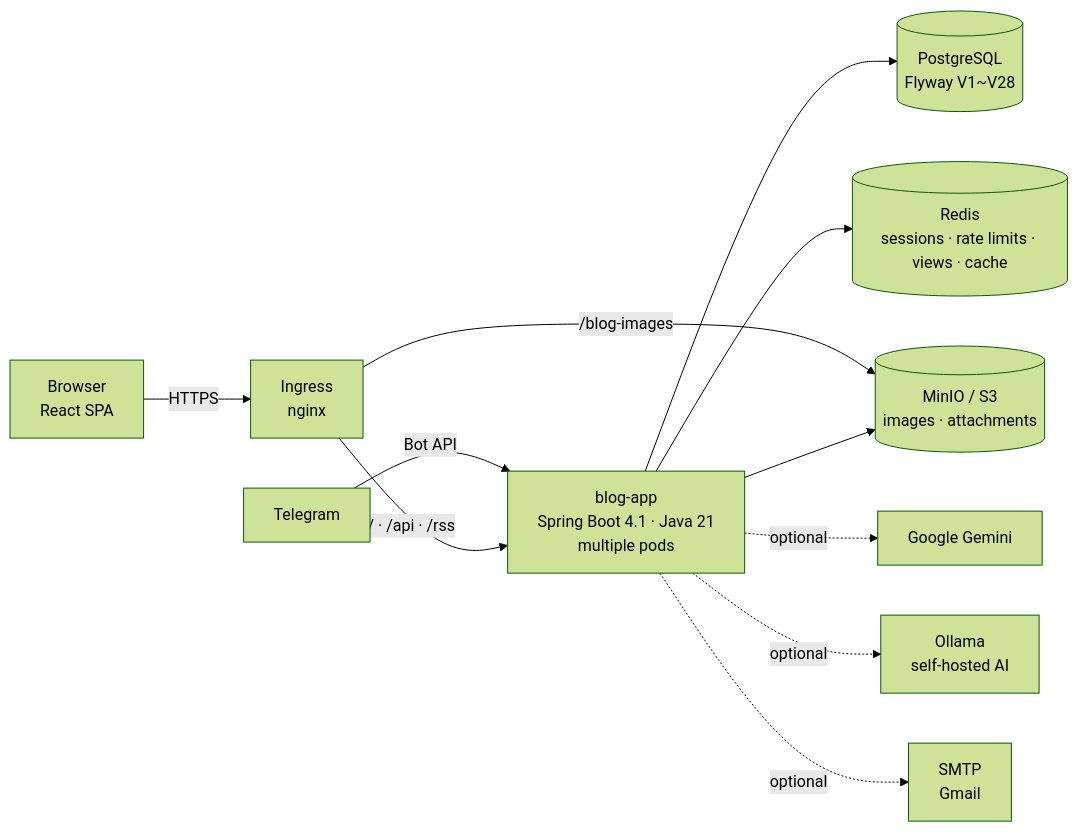
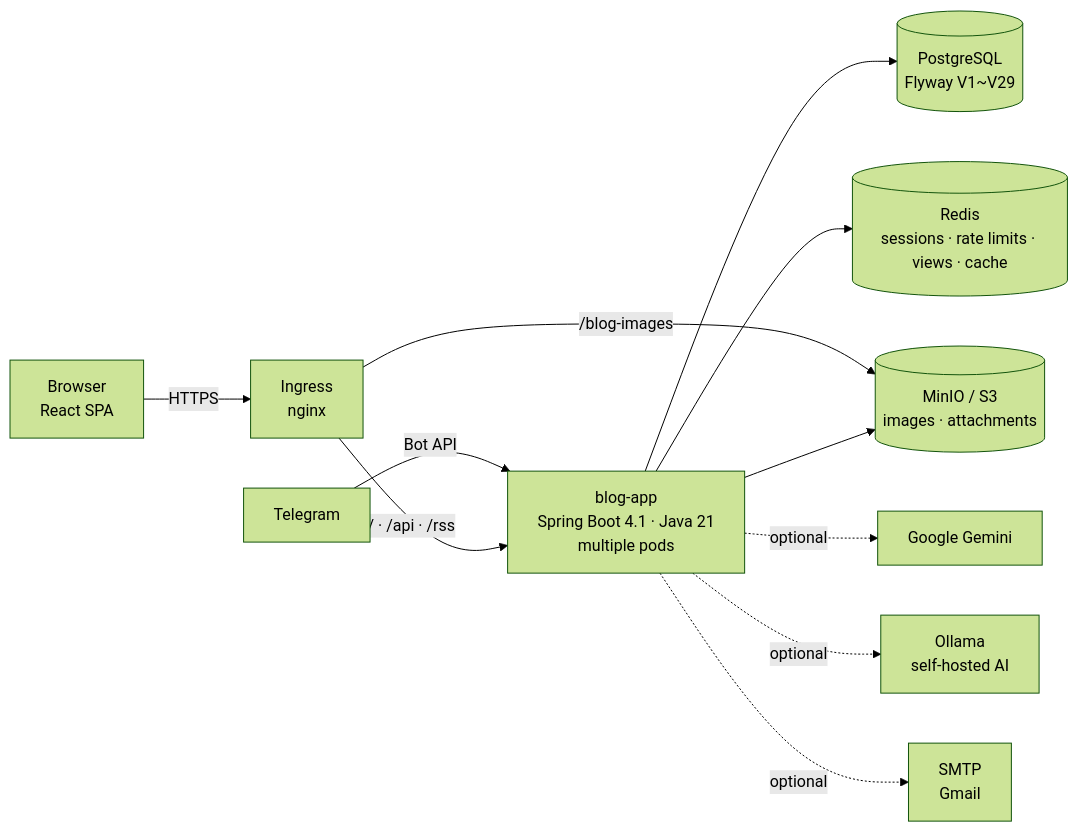
The first of 3 diagrams in README.en.md (AIGJ-01-002-blog/Devlog), drawn with Mermaid (forest theme) before and after one commit. The commit also changed other lines of this file and 25 other files, not shown here.

````diff
--- a/README.en.md
+++ b/README.en.md
@@ -151,13 +151,13 @@
 ```mermaid
 flowchart LR
     B[Browser<br/>React SPA] -->|HTTPS| I[Ingress<br/>nginx]
     T[Telegram] -->|Bot API| A
     I -->|/ · /api · /rss| A[blog-app<br/>Spring Boot 4.1 · Java 21<br/>multiple pods]
     I -->|/blog-images| M[(MinIO / S3<br/>images · attachments)]
-    A --> P[(PostgreSQL<br/>Flyway V1~V28)]
+    A --> P[(PostgreSQL<br/>Flyway V1~V29)]
     A --> R[(Redis<br/>sessions · rate limits · views · cache)]
     A --> M
     A -.optional.-> G[Google Gemini]
     A -.optional.-> O[Ollama<br/>self-hosted AI]
     A -.optional.-> S[SMTP<br/>Gmail]
 ```
````
